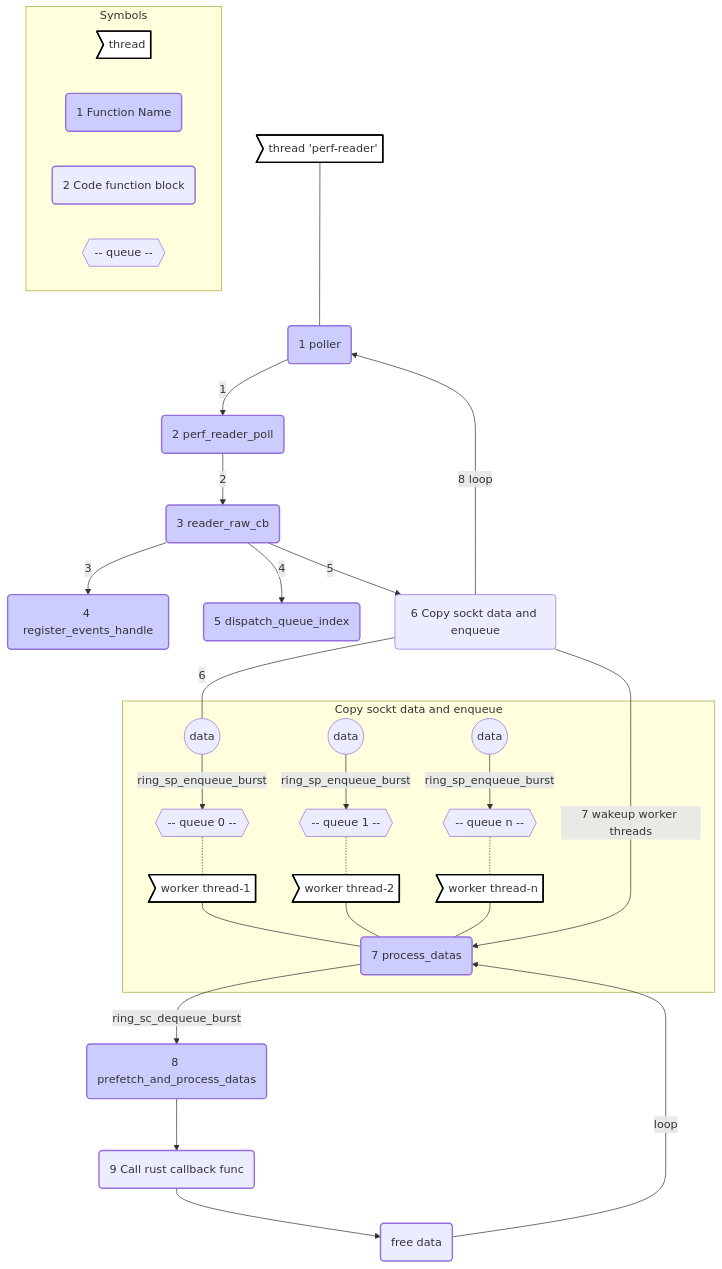
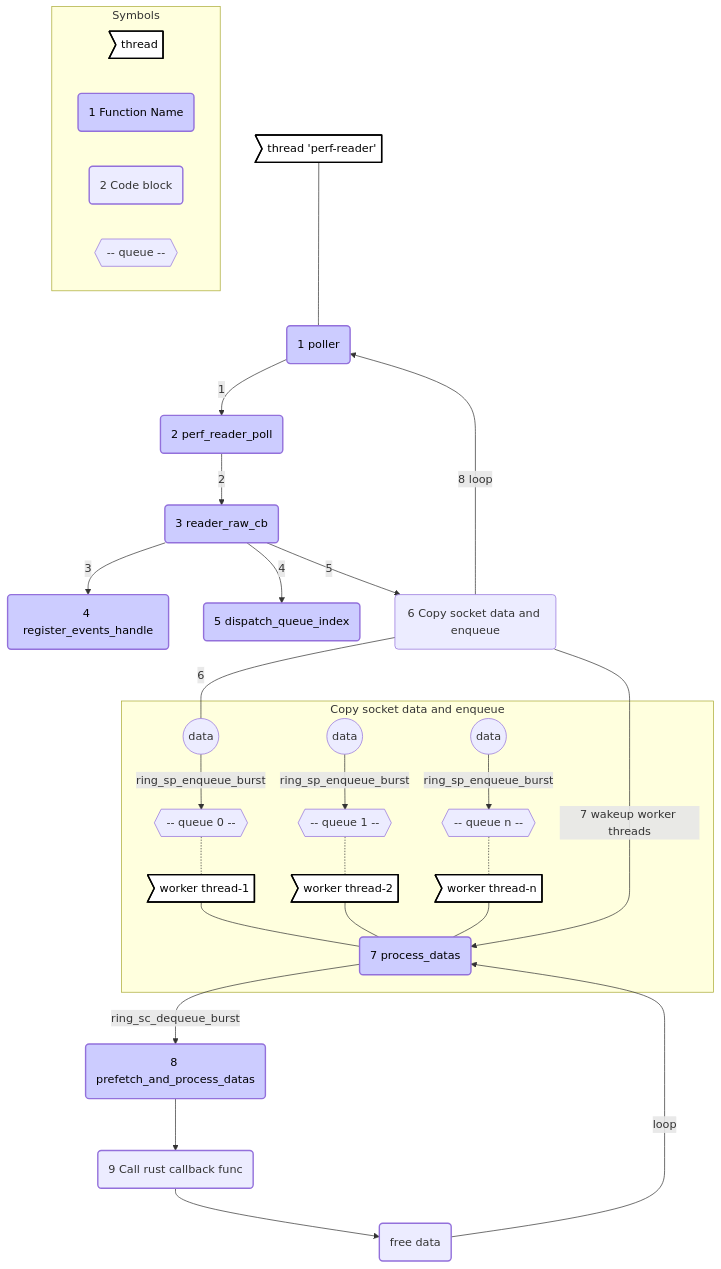
One commit to deepflowio/deepflow changed the third of 7 diagrams in agent/src/ebpf/README.md. Above: the diagram before and after it, drawn with Mermaid. The commit also changed other lines of this file, not shown here.

Commit message:
[eBPF] Update readme for flowchart drawing

````diff
--- a/agent/src/ebpf/README.md
+++ b/agent/src/ebpf/README.md
@@ -241,43 +240,43 @@
 ```mermaid
 graph TD
 subgraph Symbols
-    style illustration-thread fill:#fff,stroke:#000,stroke-width:2px
-    style illustration-func fill:#ccff, stroke-width:2px
+    style illustration-thread fill:#fff,color:#000,stroke:#000,stroke-width:2px
+    style illustration-func fill:#ccff,color:#000, stroke-width:2px
     style illustration-code-block stroke-width:2px
     illustration-func(1 Function Name)
-    illustration-code-block(2 Code function block)
+    illustration-code-block(2 Code block)
     illustration-thread>thread]
     illustration-ring{{ -- queue -- }}
 end
-    style poller fill:#ccff, stroke-width:2px
-    style start  fill:#fff,stroke:#000,stroke-width:2px
-    style worker  fill:#fff,stroke:#000,stroke-width:2px
-    style worker_1  fill:#fff,stroke:#000,stroke-width:2px
-    style worker_2  fill:#fff,stroke:#000,stroke-width:2px
-    style perf_reader_poll fill:#ccff, stroke-width:2px
-    style process_datas fill:#ccff, stroke-width:2px
-    style reader_raw_cb fill:#ccff, stroke-width:2px
-    style register_events_handle fill:#ccff, stroke-width:2px
-    style dispatch_queue_index fill:#ccff, stroke-width:2px
-    style prefetch_and_process_datas fill:#ccff, stroke-width:2px
+    style poller fill:#ccff,color:#000, stroke-width:2px
+    style start  fill:#fff,color:#000,stroke:#000,stroke-width:2px
+    style worker  fill:#fff,color:#000,stroke:#000,stroke-width:2px
+    style worker_1  fill:#fff,color:#000,stroke:#000,stroke-width:2px
+    style worker_2  fill:#fff,color:#000,stroke:#000,stroke-width:2px
+    style perf_reader_poll fill:#ccff,color:#000, stroke-width:2px
+    style process_datas fill:#ccff,color:#000, stroke-width:2px
+    style reader_raw_cb fill:#ccff,color:#000, stroke-width:2px
+    style register_events_handle fill:#ccff,color:#000, stroke-width:2px
+    style dispatch_queue_index fill:#ccff,color:#000, stroke-width:2px
+    style prefetch_and_process_datas fill:#ccff,color:#000, stroke-width:2px
     style rust_callback stroke-width:2px
     style free stroke-width:2px
 
     start>thread 'perf-reader'] --- poller(1 poller)-->|1|perf_reader_poll(2 perf_reader_poll)-->|2|reader_raw_cb(3 reader_raw_cb)
     reader_raw_cb-->|3|register_events_handle(4 register_events_handle)
     reader_raw_cb-->|4|dispatch_queue_index(5 dispatch_queue_index)
-    reader_raw_cb-->|5|copy_data_and_enqueue(6 Copy sockt data and enqueue)
-    subgraph Copy sockt data and enqueue
+    reader_raw_cb-->|5|copy_data_and_enqueue(6 Copy socket data and enqueue)
+    subgraph Copy socket data and enqueue
     id0((data))-->|ring_sp_enqueue_burst|ring0{{ -- queue 0 -- }}-.-worker>worker thread-1] --- process_datas(7 process_datas)
     id1((data))-->|ring_sp_enqueue_burst|ring1{{ -- queue 1 -- }}-.-worker_1>worker thread-2] --- process_datas
     idn((data))-->|ring_sp_enqueue_burst|ring2{{ -- queue n -- }}-.-worker_2>worker thread-n] --- process_datas
     end
     copy_data_and_enqueue---|6|id0
     copy_data_and_enqueue-->|7 wakeup worker threads|process_datas
     process_datas-->|ring_sc_dequeue_burst|prefetch_and_process_datas(8 prefetch_and_process_datas)
     prefetch_and_process_datas-->rust_callback(9 Call rust callback func)
     rust_callback-->free(free data)
 
     copy_data_and_enqueue-->|8 loop|poller
     free-->|loop|process_datas
 ```
````
